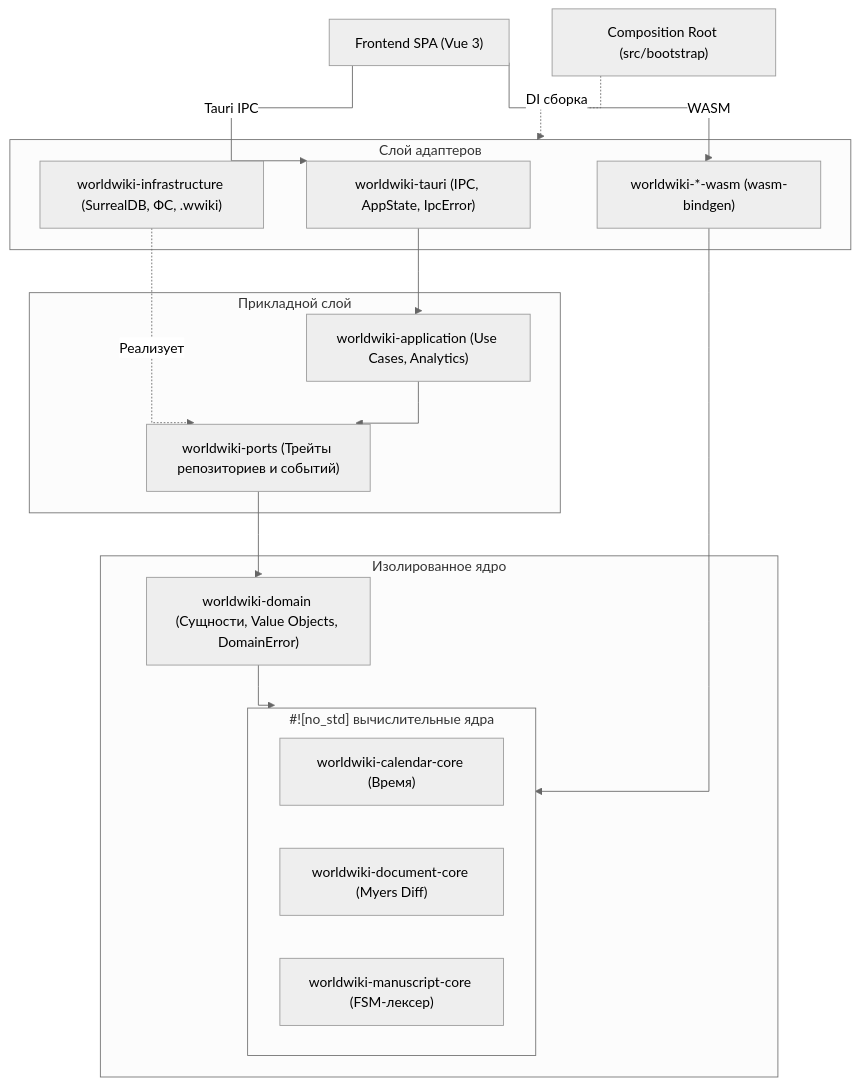
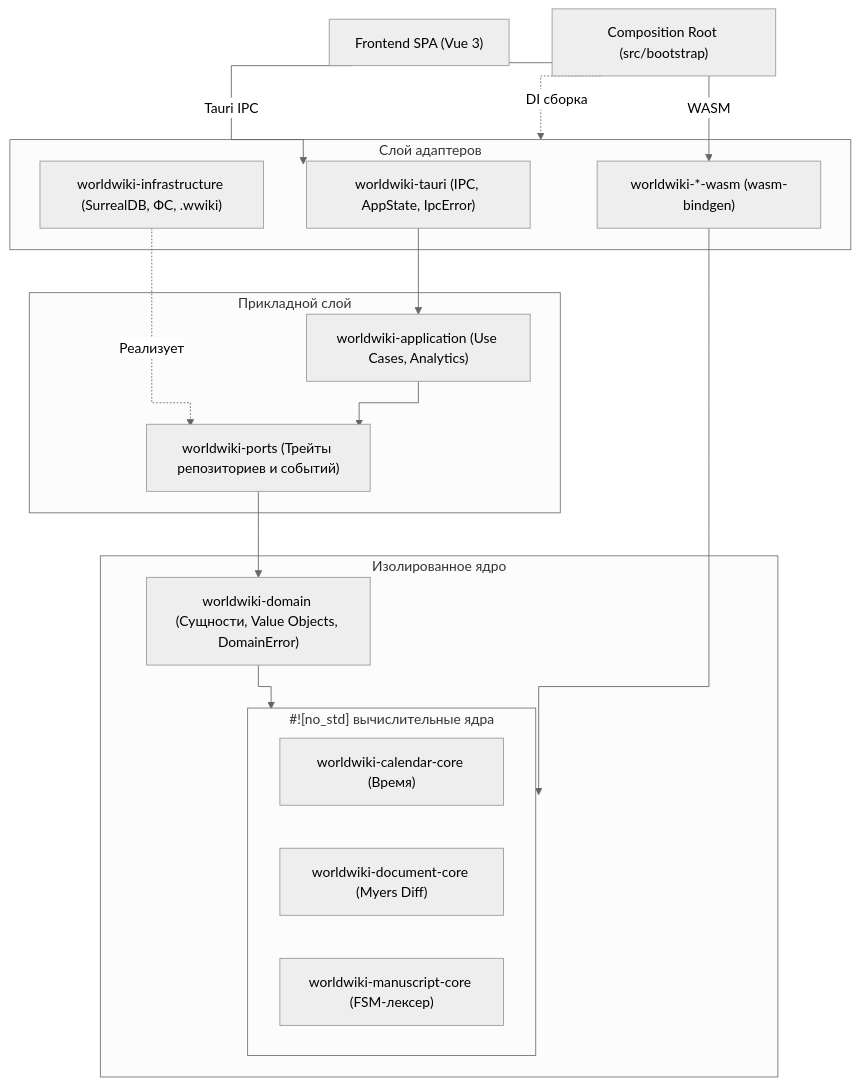
The first of 3 diagrams in docs/coursework/03_Проектно_конструкторская_часть/3.3_Разработка_архитектуры_приложения.md (nagisokyn-prog/WorldWiki), drawn with Mermaid (neutral theme) before and after one commit. The commit also changed other lines of this file and 9 other files, not shown here.

````diff
--- a/docs/coursework/03_Проектно_конструкторская_часть/3.3_Разработка_архитектуры_приложения.md
+++ b/docs/coursework/03_Проектно_конструкторская_часть/3.3_Разработка_архитектуры_приложения.md
@@ -16,37 +16,37 @@
 ```mermaid
-%%{init: {'flowchart': {'curve': 'stepBefore'}}}%%
+%%{init: {'flowchart': {'curve': 'stepAfter'}}}%%
 flowchart TB
     SPA["Frontend SPA (Vue 3)"]
     BOOT["Composition Root (src/bootstrap)"]
 
     subgraph Adapters["Слой адаптеров"]
         TAURI["worldwiki-tauri (IPC, AppState, IpcError)"]
         INFRA["worldwiki-infrastructure (SurrealDB, ФС, .wwiki)"]
         WASM["worldwiki-*-wasm (wasm-bindgen)"]
     end
 
     subgraph AppLayer["Прикладной слой"]
         APP["worldwiki-application (Use Cases, Analytics)"]
         PORTS["worldwiki-ports (Трейты репозиториев и событий)"]
     end
 
     subgraph Core["Изолированное ядро"]
         DOMAIN["worldwiki-domain (Сущности, Value Objects, DomainError)"]
         subgraph NoStd["#![no_std] вычислительные ядра"]
             CAL["worldwiki-calendar-core (Время)"]
             DOC["worldwiki-document-core (Myers Diff)"]
             MAN["worldwiki-manuscript-core (FSM-лексер)"]
         end
     end
 
     SPA -->|"Tauri IPC"| TAURI
     SPA -->|"WASM"| WASM
     BOOT -.->|"DI сборка"| Adapters
 
     TAURI --> APP
     INFRA -.->|"Реализует"| PORTS
     APP --> PORTS
     PORTS --> DOMAIN
     DOMAIN --> NoStd
     WASM --> NoStd
 ```
````
